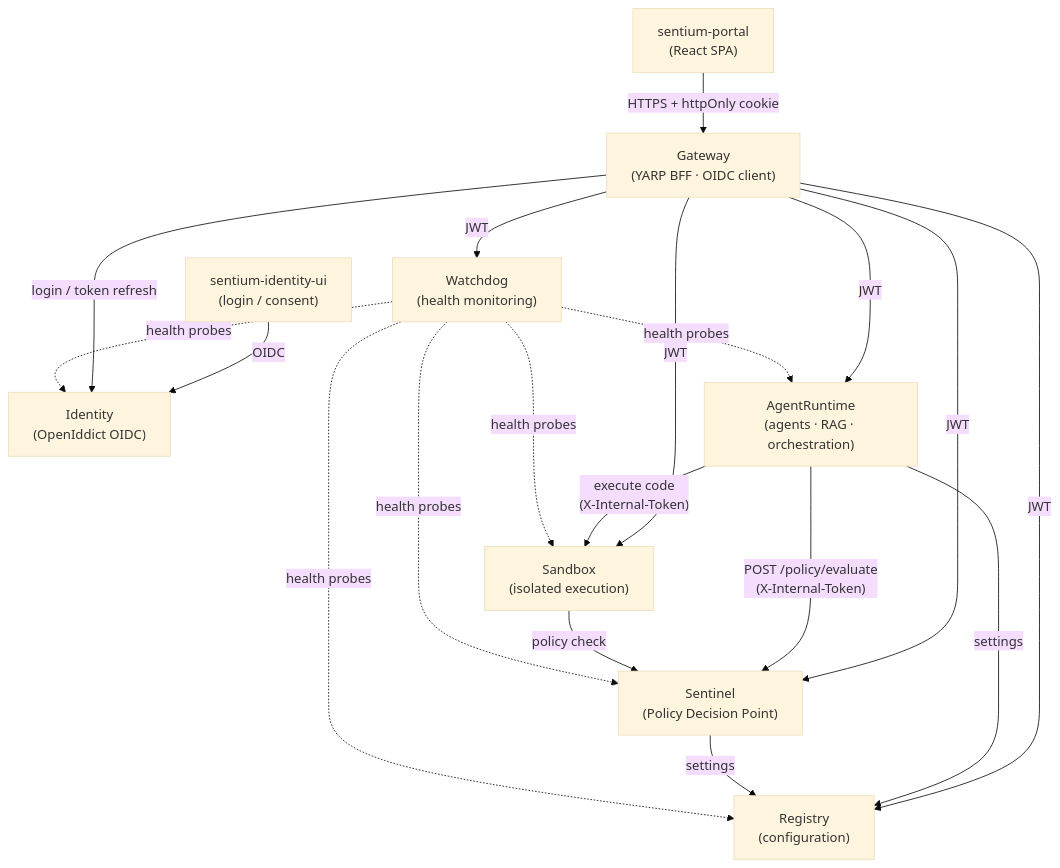
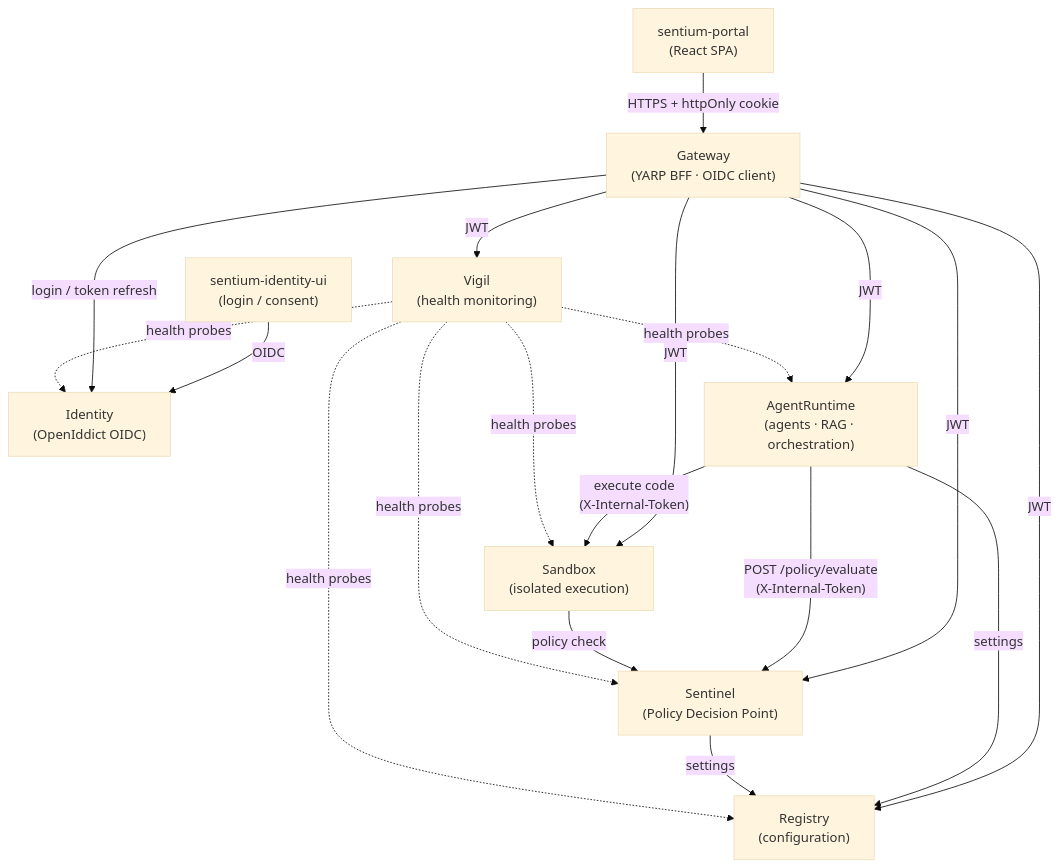
The diagram in docs/diagrams/structure-a-component-services-interactions.md (mihailshterev/sentium), drawn with Mermaid (base theme) before and after one commit. The commit also changed 118 other files, not shown here.

````diff
--- a/docs/diagrams/structure-a-component-services-interactions.md
+++ b/docs/diagrams/structure-a-component-services-interactions.md
@@ -1,36 +1,36 @@
 ```mermaid
 flowchart TB
     Portal["sentium-portal<br/>(React SPA)"]
     IdUI["sentium-identity-ui<br/>(login / consent)"]
 
     GW["Gateway<br/>(YARP BFF · OIDC client)"]
 
     ID["Identity<br/>(OpenIddict OIDC)"]
     REG["Registry<br/>(configuration)"]
     SEN["Sentinel<br/>(Policy Decision Point)"]
     AR["AgentRuntime<br/>(agents · RAG · orchestration)"]
     SBX["Sandbox<br/>(isolated execution)"]
-    WD["Watchdog<br/>(health monitoring)"]
+    WD["Vigil<br/>(health monitoring)"]
 
     Portal -->|"HTTPS + httpOnly cookie"| GW
     IdUI -->|"OIDC"| ID
 
     GW -->|"login / token refresh"| ID
     GW -->|"JWT"| REG
     GW -->|"JWT"| SEN
     GW -->|"JWT"| AR
     GW -->|"JWT"| SBX
     GW -->|"JWT"| WD
 
     AR -->|"POST /policy/evaluate<br/>(X-Internal-Token)"| SEN
     AR -->|"execute code<br/>(X-Internal-Token)"| SBX
     AR -->|"settings"| REG
     SBX -->|"policy check"| SEN
     SEN -->|"settings"| REG
 
     WD -.->|"health probes"| AR
     WD -.->|"health probes"| SEN
     WD -.->|"health probes"| SBX
     WD -.->|"health probes"| REG
     WD -.->|"health probes"| ID
 ```
````
